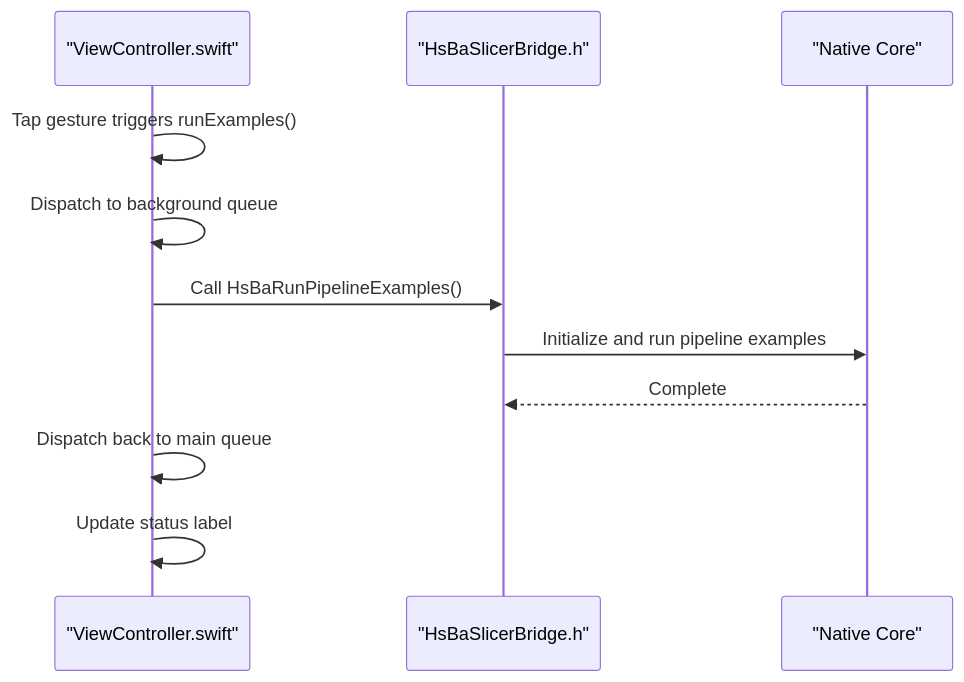
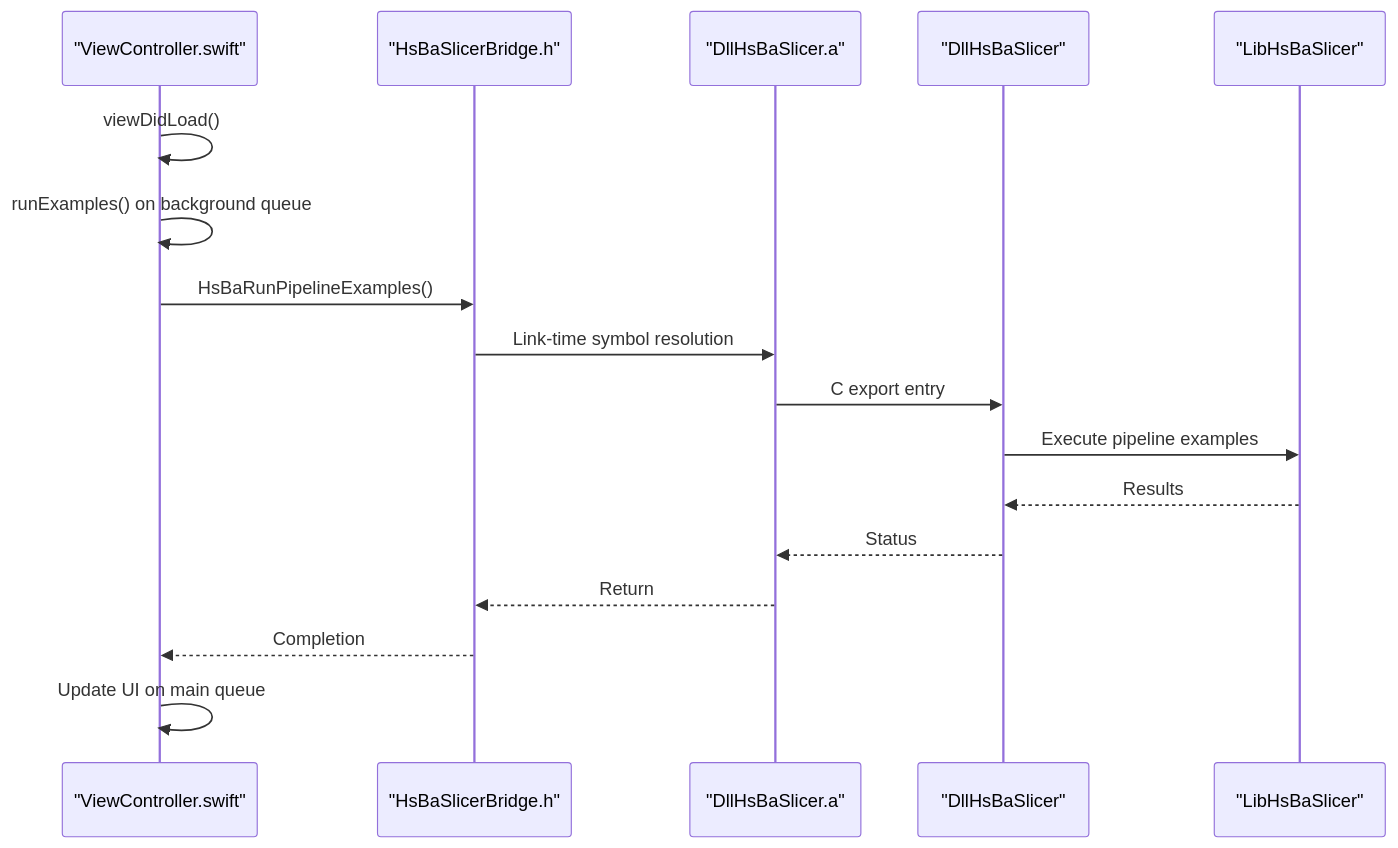
Before and after one commit to hsmbanlance/HsBaSlicer: the fourth of 7 diagrams in .qoder/repowiki/en/content/Integration Guide/Mobile Platform Integration/Mobile Platform Integration.md, drawn with Mermaid. The commit also changed other lines of this file and 1095 other files, not shown here.

````diff
--- a/.qoder/repowiki/en/content/Integration Guide/Mobile Platform Integration/Mobile Platform Integration.md
+++ b/.qoder/repowiki/en/content/Integration Guide/Mobile Platform Integration/Mobile Platform Integration.md
@@ -217,13 +195,19 @@
 ```mermaid
 sequenceDiagram
 participant Swift as "ViewController.swift"
 participant Bridge as "HsBaSlicerBridge.h"
-participant Native as "Native Core"
-Swift->>Swift : Tap gesture triggers runExamples()
-Swift->>Swift : Dispatch to background queue
-Swift->>Bridge : Call HsBaRunPipelineExamples()
-Bridge->>Native : Initialize and run pipeline examples
-Native-->>Bridge : Complete
-Swift->>Swift : Dispatch back to main queue
-Swift->>Swift : Update status label
+participant Static as "DllHsBaSlicer.a"
+participant Export as "DllHsBaSlicer"
+participant Core as "LibHsBaSlicer"
+Swift->>Swift : viewDidLoad()
+Swift->>Swift : runExamples() on background queue
+Swift->>Bridge : HsBaRunPipelineExamples()
+Bridge->>Static : Link-time symbol resolution
+Static->>Export : C export entry
+Export->>Core : Execute pipeline examples
+Core-->>Export : Results
+Export-->>Static : Status
+Static-->>Bridge : Return
+Bridge-->>Swift : Completion
+Swift->>Swift : Update UI on main queue
 ```
````
